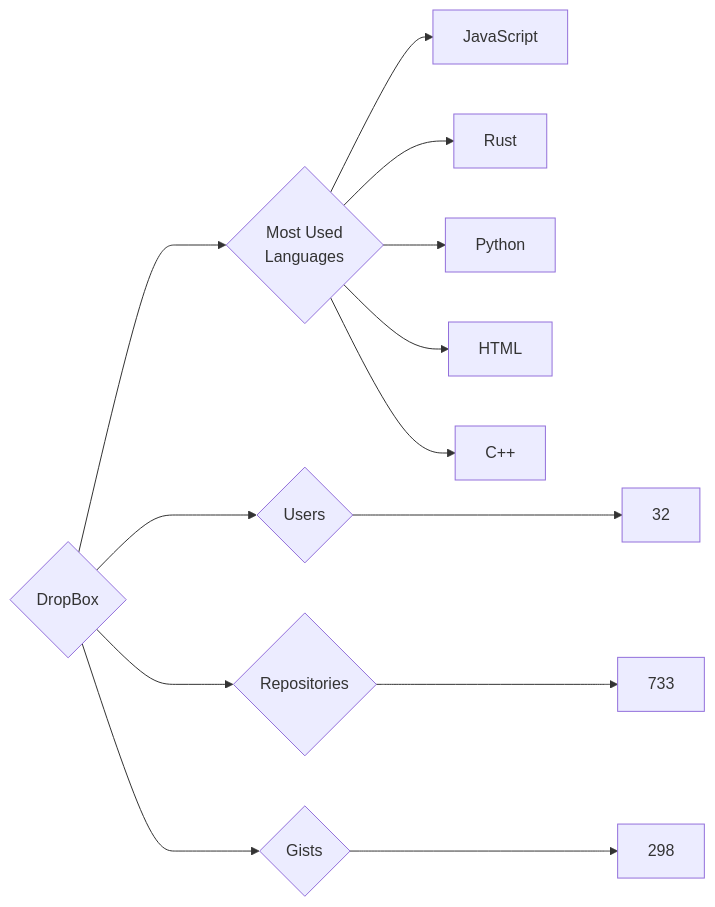
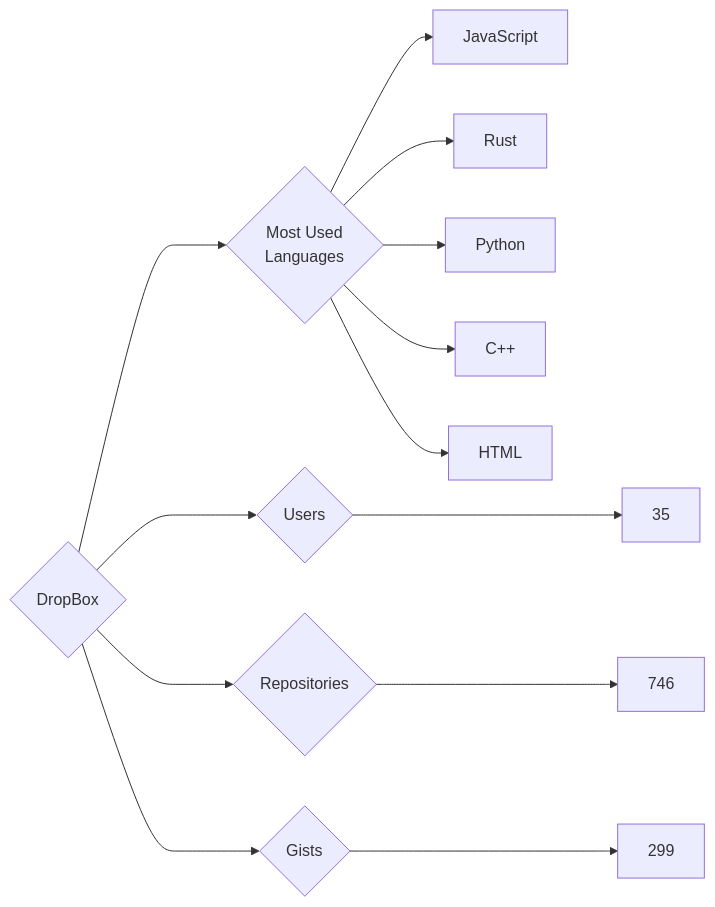
One commit to trickest/insiders changed the diagram in targets/DropBox/README.md. Above: the diagram before and after it, drawn with Mermaid. The commit also changed 1020 other files, not shown here.

````diff
--- a/targets/DropBox/README.md
+++ b/targets/DropBox/README.md
@@ -3,13 +3,13 @@
 ```mermaid
 graph LR
 COMPANY_NAME{DropBox}
-COMPANY_NAME ---> U{Users} ---> UN[32]
-COMPANY_NAME ---> R{Repositories} ---> RN[733]
-COMPANY_NAME ---> G{Gists} ---> GN[298]
+COMPANY_NAME ---> U{Users} ---> UN[35]
+COMPANY_NAME ---> R{Repositories} ---> RN[746]
+COMPANY_NAME ---> G{Gists} ---> GN[299]
 COMPANY_NAME ---> ML{Most Used<br>Languages}
 ML --> JavaScript[JavaScript]
 ML --> Rust[Rust]
 ML --> Python[Python]
+ML --> C++[C++]
 ML --> HTML[HTML]
-ML --> C++[C++]
 ```
````
